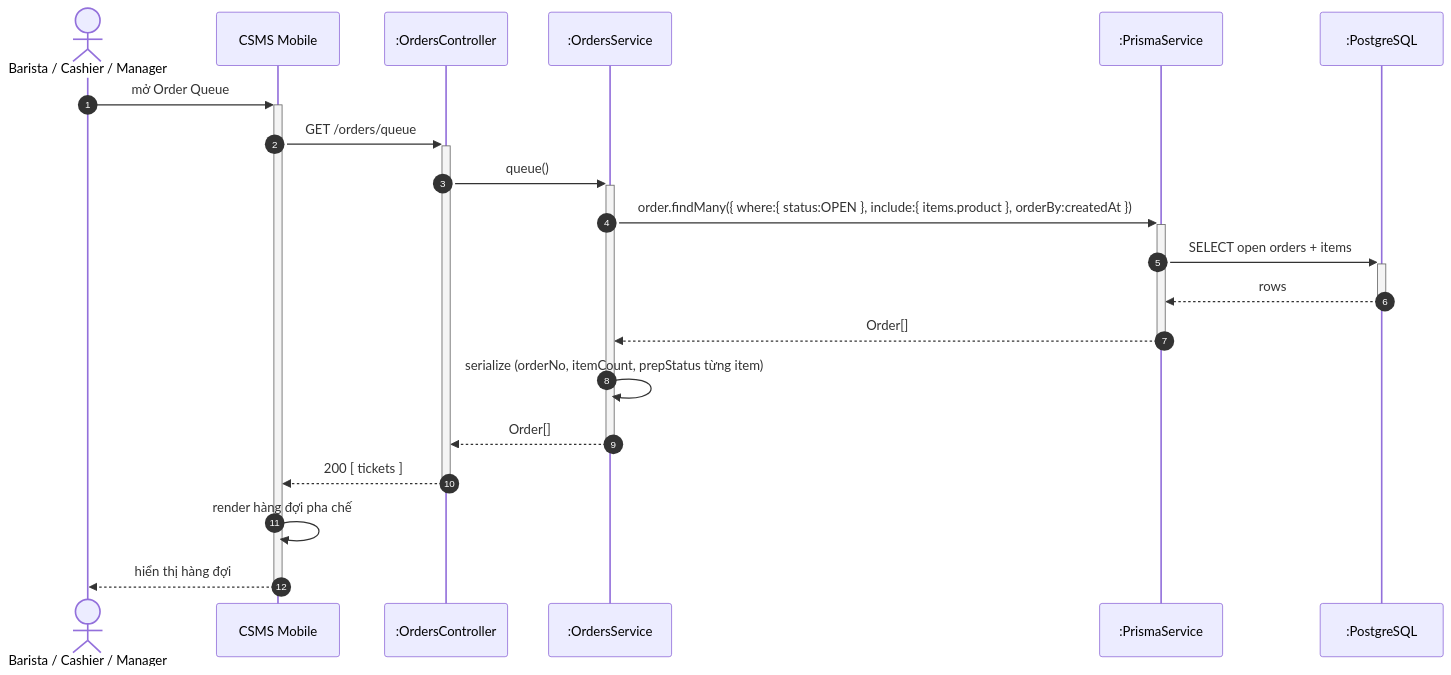
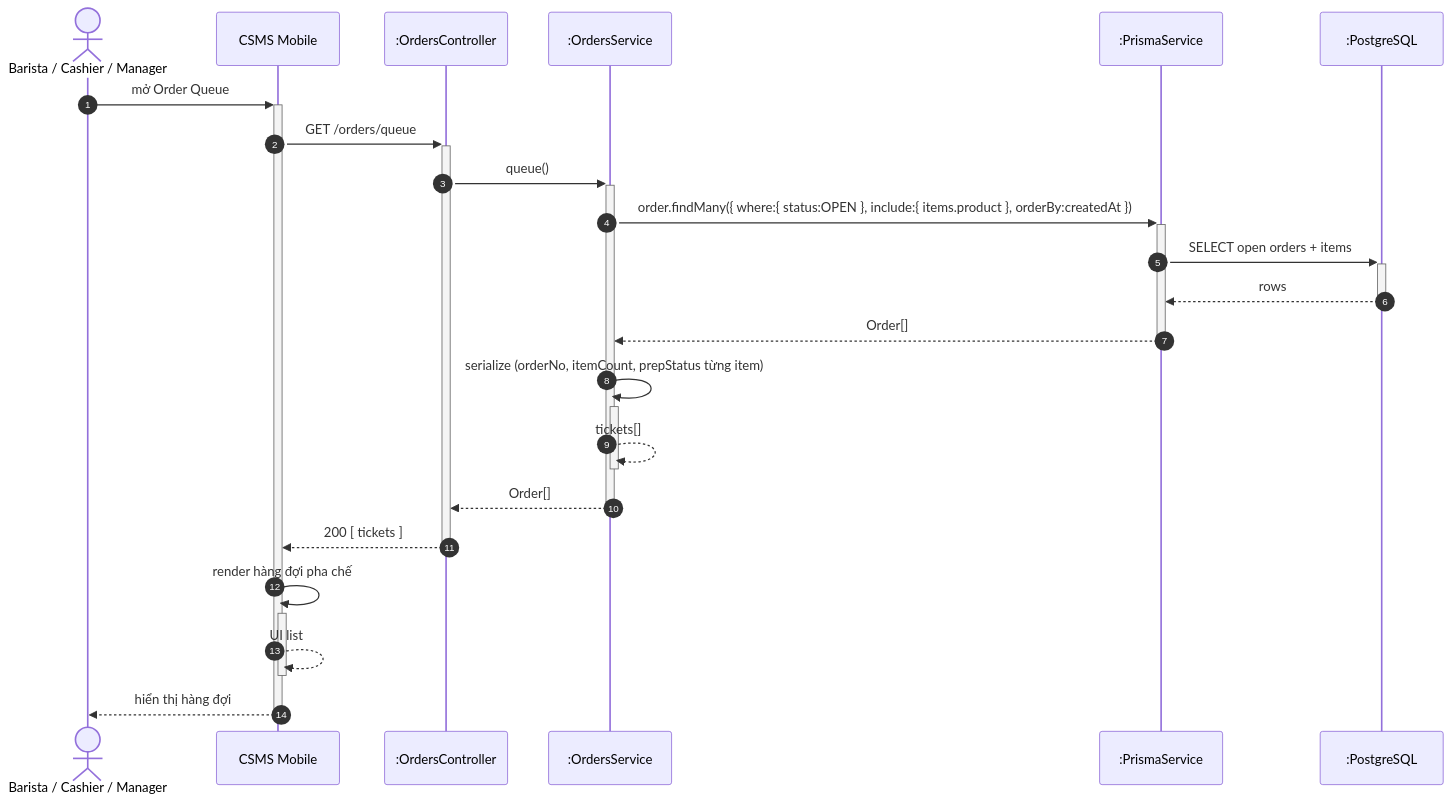
One commit to callmehai/Cafe-Shop-Management-System changed the eighth of 17 diagrams in docs/sequence-diagrams.md. Above: the diagram before and after it, drawn with Mermaid. The commit also changed other lines of this file and 2 other files, not shown here.

Commit message:
docs: add class diagrams, sequence diagrams, and system requirement specification for CSMS

````diff
--- a/docs/sequence-diagrams.md
+++ b/docs/sequence-diagrams.md
@@ -418,23 +433,25 @@
 ```mermaid
 sequenceDiagram
     autonumber
     actor B as Barista / Cashier / Manager
     participant App as CSMS Mobile
     participant API as :OrdersController
     participant SVC as :OrdersService
     participant ORM as :PrismaService
     participant DB as :PostgreSQL
 
     B->>+App: mở Order Queue
     App->>+API: GET /orders/queue
     API->>+SVC: queue()
     SVC->>+ORM: order.findMany({ where:{ status:OPEN }, include:{ items.product }, orderBy:createdAt })
     ORM->>+DB: SELECT open orders + items
     DB-->>-ORM: rows
     ORM-->>-SVC: Order[]
-    SVC->>SVC: serialize (orderNo, itemCount, prepStatus từng item)
+    SVC->>+SVC: serialize (orderNo, itemCount, prepStatus từng item)
+    SVC-->>-SVC: tickets[]
     SVC-->>-API: Order[]
     API-->>-App: 200 [ tickets ]
-    App->>App: render hàng đợi pha chế
+    App->>+App: render hàng đợi pha chế
+    App-->>-App: UI list
     App-->>-B: hiển thị hàng đợi
 ```
````
